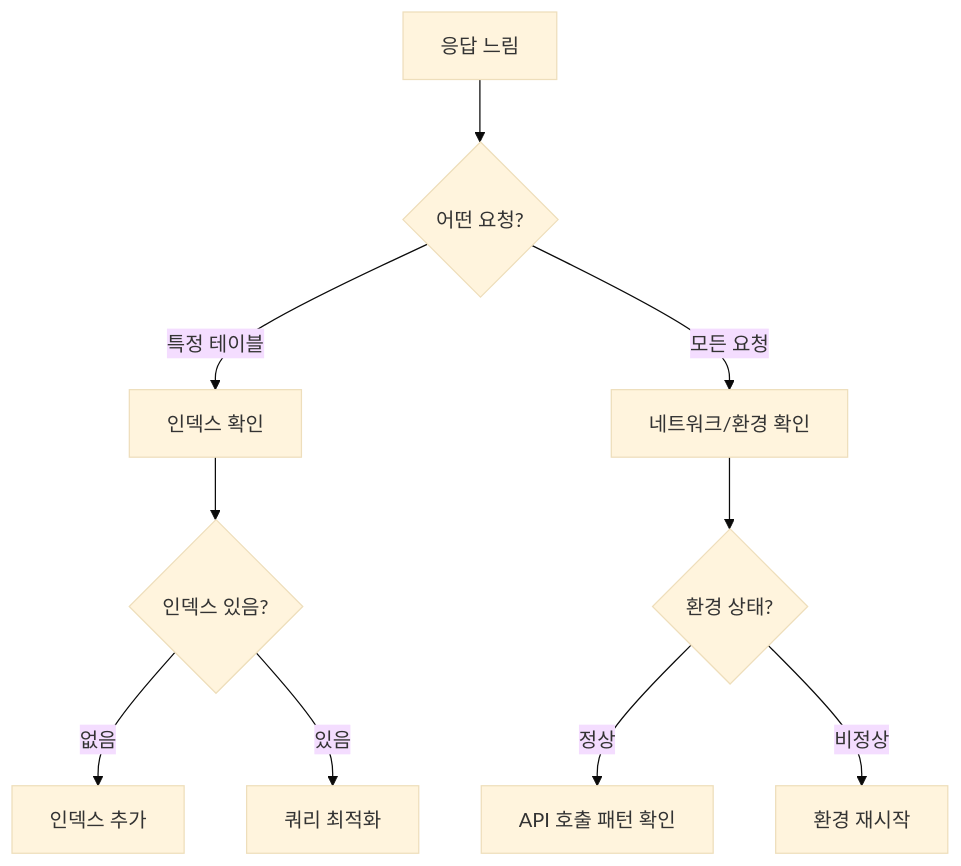
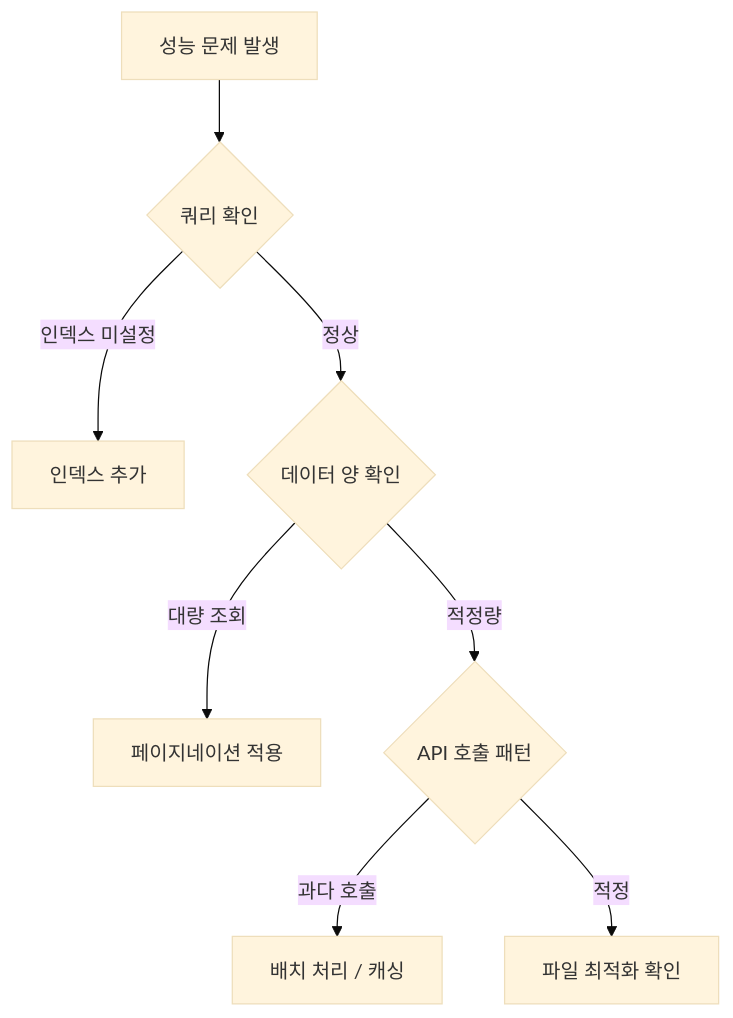
The diagram in ko/troubleshooting/04-performance-issues.md (popup-studio-ai/bkend-docs), drawn with Mermaid (base theme) before and after one commit. The commit also changed other lines of this file and 186 other files, not shown here.

````diff
--- a/ko/troubleshooting/04-performance-issues.md
+++ b/ko/troubleshooting/04-performance-issues.md
@@ -13,12 +11,10 @@
 ```mermaid
 flowchart TD
-    A[응답 느림] --> B{어떤 요청?}
-    B -->|특정 테이블| C[인덱스 확인]
-    B -->|모든 요청| D[네트워크/환경 확인]
-    C --> E{인덱스 있음?}
-    E -->|없음| F[인덱스 추가]
-    E -->|있음| G[쿼리 최적화]
-    D --> H{환경 상태?}
-    H -->|정상| I[API 호출 패턴 확인]
-    H -->|비정상| J[환경 재시작]
+    A[성능 문제 발생] --> B{쿼리 확인}
+    B -->|인덱스 미설정| C[인덱스 추가]
+    B -->|정상| D{데이터 양 확인}
+    D -->|대량 조회| E[페이지네이션 적용]
+    D -->|적정량| F{API 호출 패턴}
+    F -->|과다 호출| G[배치 처리 / 캐싱]
+    F -->|적정| H[파일 최적화 확인]
 ```
````
